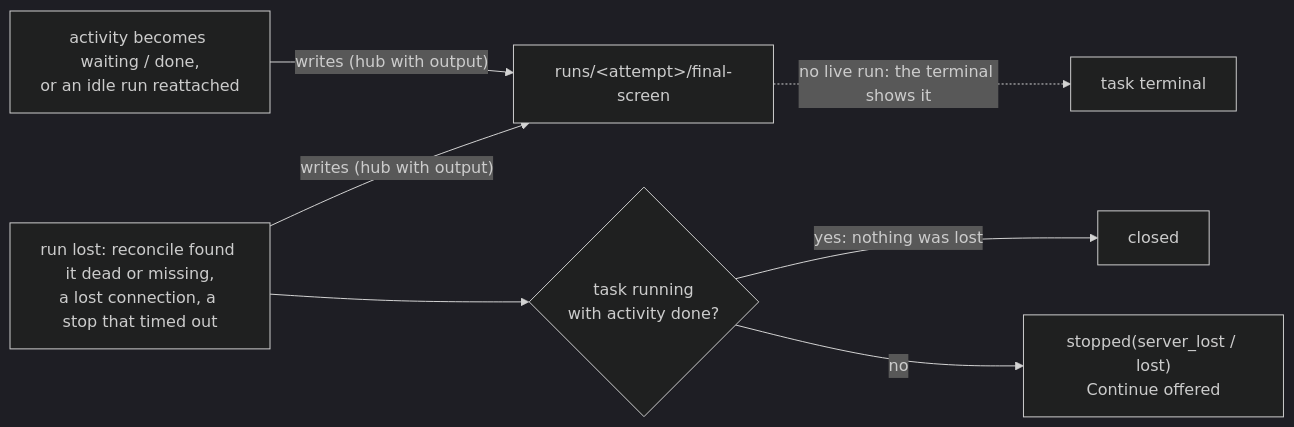
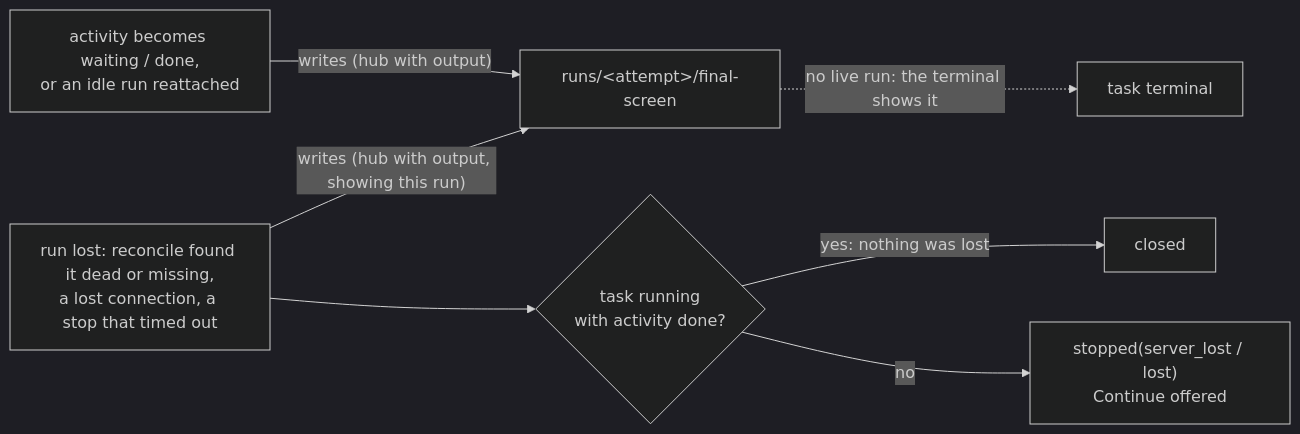
One commit to Quartio-Studio/yulius changed diagram 50 of 60 in docs/architecture.md. Above: the diagram before and after it, drawn with Mermaid (dark theme). The commit also changed 1 other file, not shown here.

Commit message:
docs: a lost run's screen save names the shown-run condition (#686)
Part of #686

````diff
--- a/docs/architecture.md
+++ b/docs/architecture.md
@@ -1808,9 +1808,9 @@
 ```mermaid
 flowchart LR
     settled["activity becomes waiting / done,\nor an idle run reattached"] -->|"writes (hub with output)"| screen["runs/&lt;attempt&gt;/final-screen"]
     lost["run lost: reconcile found it dead or missing,\na lost connection, a stop that timed out"] --> which{"task running\nwith activity done?"}
     which -->|"yes: nothing was lost"| closed["closed"]
     which -->|"no"| stopped["stopped(server_lost / lost)\nContinue offered"]
-    lost -->|"writes (hub with output)"| screen
+    lost -->|"writes (hub with output, showing this run)"| screen
     screen -.->|"no live run: the terminal shows it"| view["task terminal"]
 ```
````
